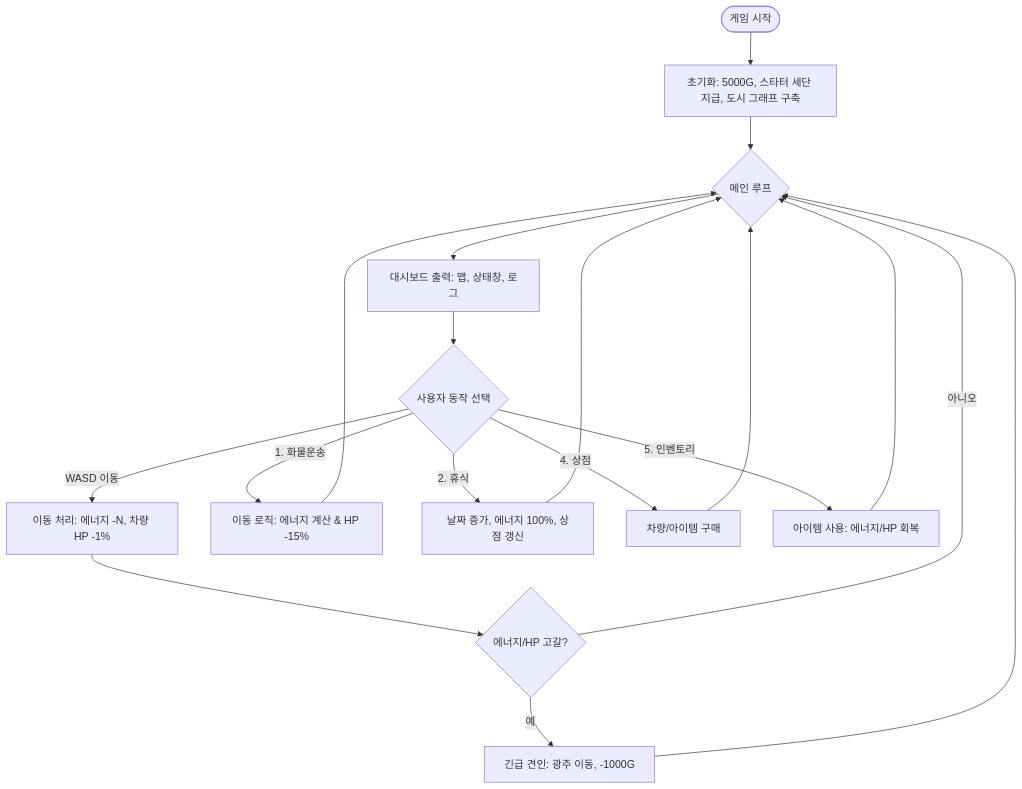
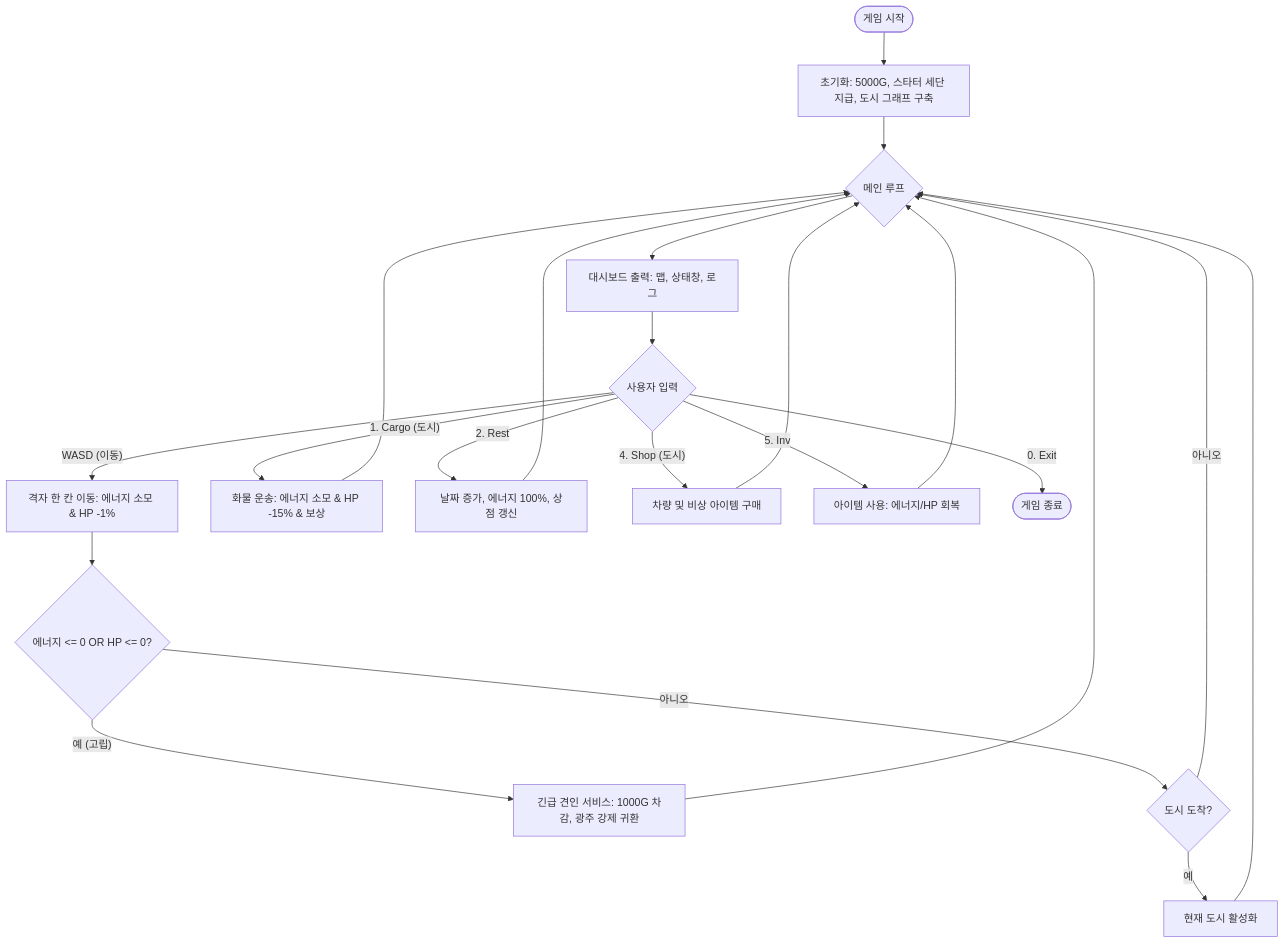
The second of 2 diagrams in DOCS/01_Overview.md (iamfreakin/PolyDrive), drawn with Mermaid before and after one commit. The commit also changed 2 other files, not shown here.

Commit message:
docs: 최신 시스템 로직을 반영하여 플로우차트 업데이트

````diff
--- a/DOCS/01_Overview.md
+++ b/DOCS/01_Overview.md
@@ -86,18 +86,21 @@
 ```mermaid
 graph TD
     Start([게임 시작]) --> Init[초기화: 5000G, 스타터 세단 지급, 도시 그래프 구축]
     Init --> Loop{메인 루프}
     
     Loop --> UI[대시보드 출력: 맵, 상태창, 로그]
-    UI --> Input{사용자 동작 선택}
+    UI --> Input{사용자 입력}
     
-    Input -- WASD 이동 --> Move[이동 처리: 에너지 -N, 차량 HP -1%]
-    Move --> Hazard{에너지/HP 고갈?}
-    Hazard -- 예 --> Tow[긴급 견인: 광주 이동, -1000G] --> Loop
-    Hazard -- 아니오 --> Loop
+    Input -- "WASD (이동)" --> Move[격자 한 칸 이동: 에너지 소모 & HP -1%]
+    Move --> Hazard{에너지 <= 0 OR HP <= 0?}
+    Hazard -- "예 (고립)" --> Tow[긴급 견인 서비스: 1000G 차감, 광주 강제 귀환] --> Loop
+    Hazard -- "아니오" --> CityCheck{도시 도착?}
+    CityCheck -- "예" --> Arrive[현재 도시 활성화] --> Loop
+    CityCheck -- "아니오" --> Loop
 
-    Input -- 1. 화물운송 --> Travel[이동 로직: 에너지 계산 & HP -15%] --> Loop
-    Input -- 2. 휴식 --> Refill[날짜 증가, 에너지 100%, 상점 갱신] --> Loop
-    Input -- 4. 상점 --> Shop[차량/아이템 구매] --> Loop
-    Input -- 5. 인벤토리 --> Use[아이템 사용: 에너지/HP 회복] --> Loop
+    Input -- "1. Cargo (도시)" --> Cargo[화물 운송: 에너지 소모 & HP -15% & 보상] --> Loop
+    Input -- "2. Rest" --> Refill[날짜 증가, 에너지 100%, 상점 갱신] --> Loop
+    Input -- "4. Shop (도시)" --> Shop[차량 및 비상 아이템 구매] --> Loop
+    Input -- "5. Inv" --> Use[아이템 사용: 에너지/HP 회복] --> Loop
+    Input -- "0. Exit" --> End([게임 종료])
 ```
````
